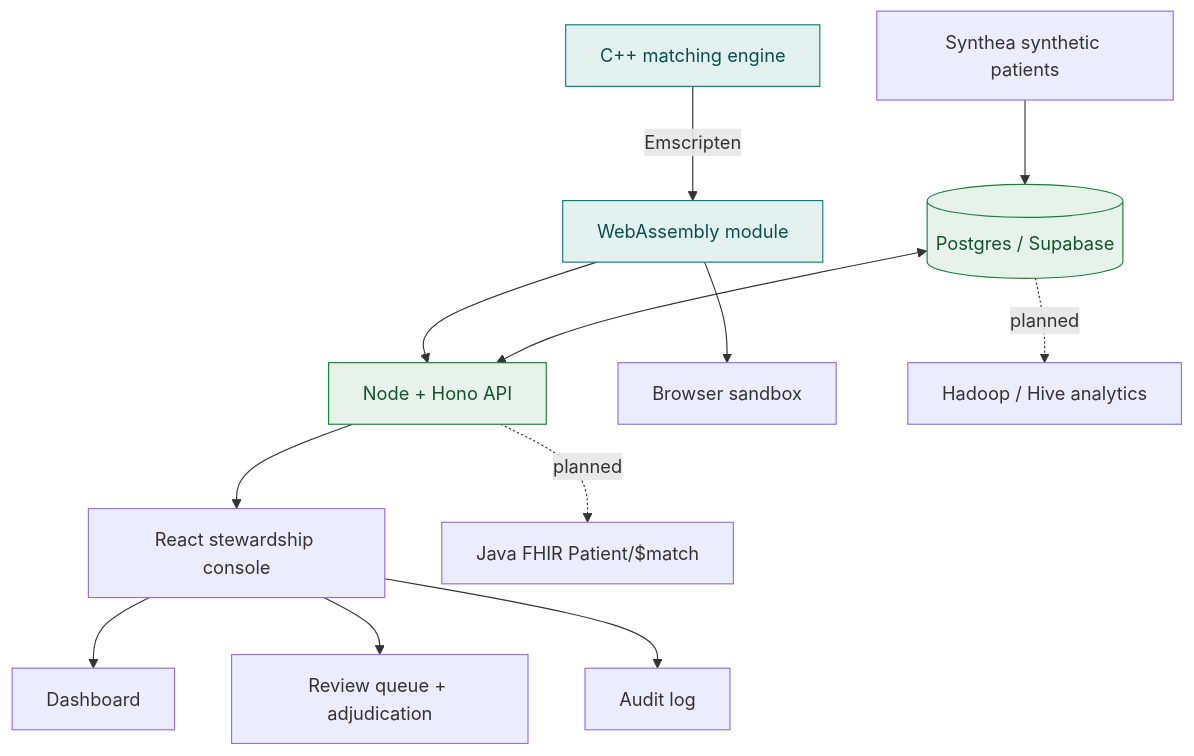
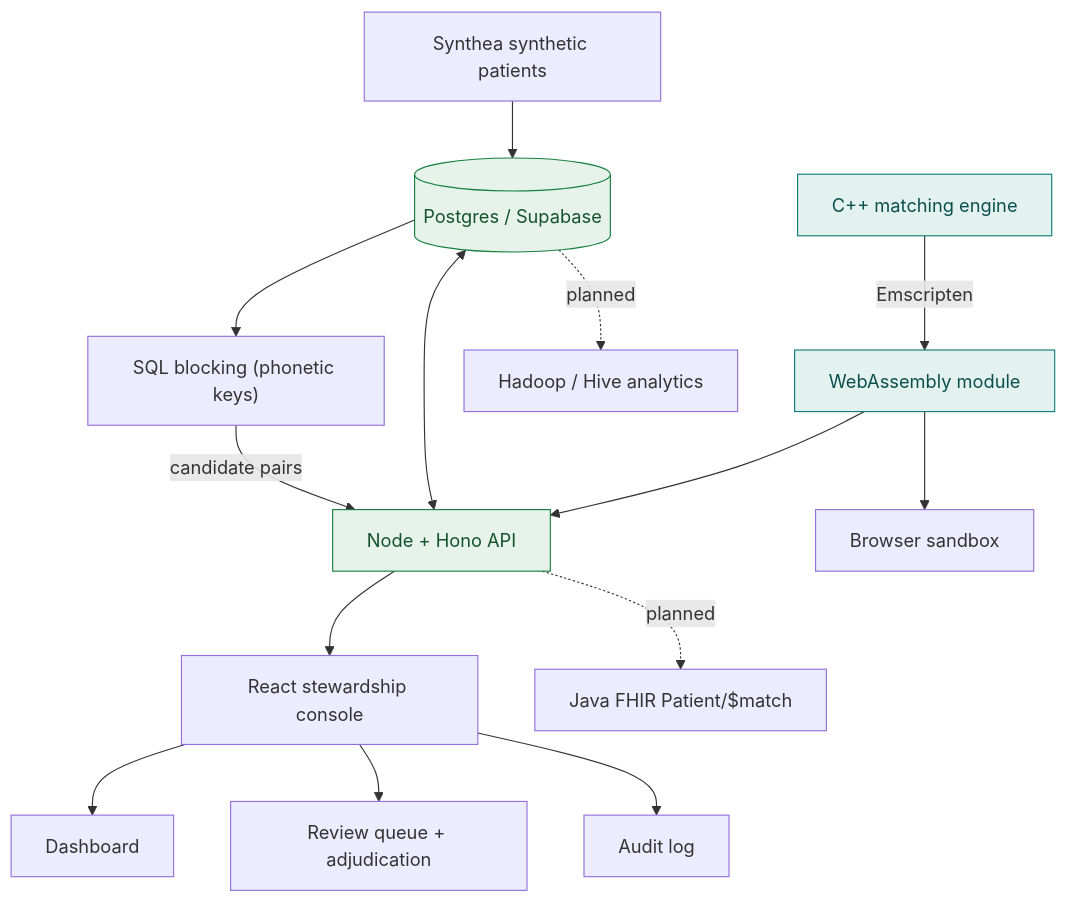
One commit to royalgillz/PatientDedupe changed the diagram in README.md. Above: the diagram before and after it, drawn with Mermaid. The commit also changed other lines of this file and 12 other files, not shown here.

````diff
--- a/README.md
+++ b/README.md
@@ -64,19 +64,21 @@
 ```mermaid
 flowchart TD
     A["Synthea synthetic patients"] --> DB[("Postgres / Supabase")]
     E["C++ matching engine"] -->|"Emscripten"| W["WebAssembly module"]
     W --> API["Node + Hono API"]
     W --> SB["Browser sandbox"]
+    DB --> BLK["SQL blocking (phonetic keys)"]
+    BLK -->|"candidate pairs"| API
     DB <--> API
     API --> UI["React stewardship console"]
     UI --> D1["Dashboard"]
     UI --> D2["Review queue + adjudication"]
     UI --> D3["Audit log"]
     API -. planned .-> FHIR["Java FHIR Patient/$match"]
     DB -. planned .-> HV["Hadoop / Hive analytics"]
 
     classDef core fill:#e3f2ef,stroke:#0e7c7b,color:#0a4f4e;
     classDef data fill:#e7f3ea,stroke:#15803d,color:#14532d;
     class E,W core;
     class DB,API data;
 ```
````
